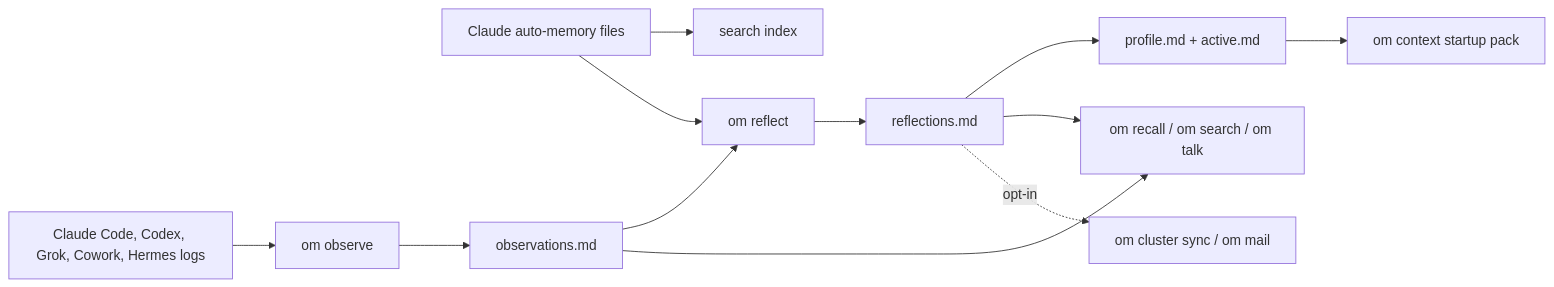
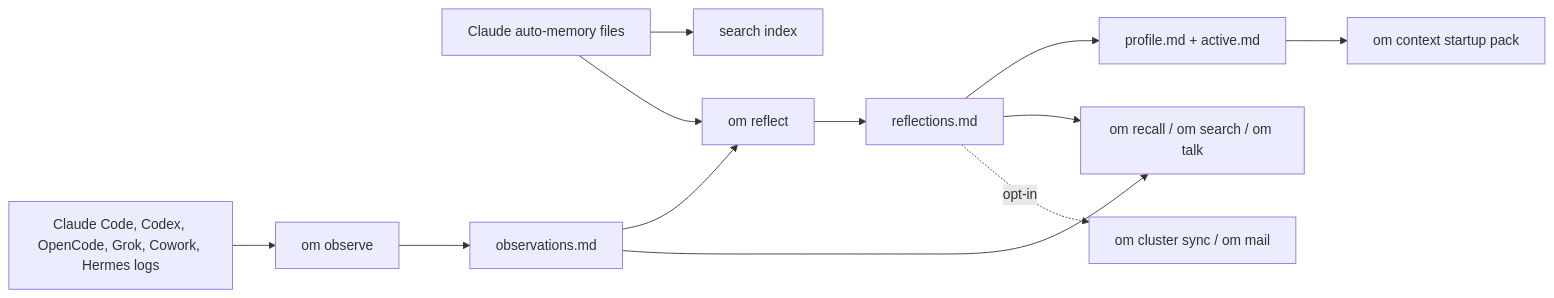
The diagram in README.md (intertwine/observational-memory), drawn with Mermaid before and after one commit. The commit also changed other lines of this file and 13 other files, not shown here.

First line of the commit message:
Add OpenCode integration (#96)

````diff
--- a/README.md
+++ b/README.md
@@ -62,14 +62,14 @@
 ```mermaid
 flowchart LR
-    A["Claude Code, Codex, Grok, Cowork, Hermes logs"] --> B["om observe"]
+    A["Claude Code, Codex, OpenCode, Grok, Cowork, Hermes logs"] --> B["om observe"]
     C["Claude auto-memory files"] --> D["search index"]
     C --> F
     B --> E["observations.md"]
     E --> F["om reflect"]
     F --> G["reflections.md"]
     G --> H["profile.md + active.md"]
     H --> I["om context startup pack"]
     E --> J
     G --> J["om recall / om search / om talk"]
     G -. opt-in .-> K["om cluster sync / om mail"]
 ```
````
